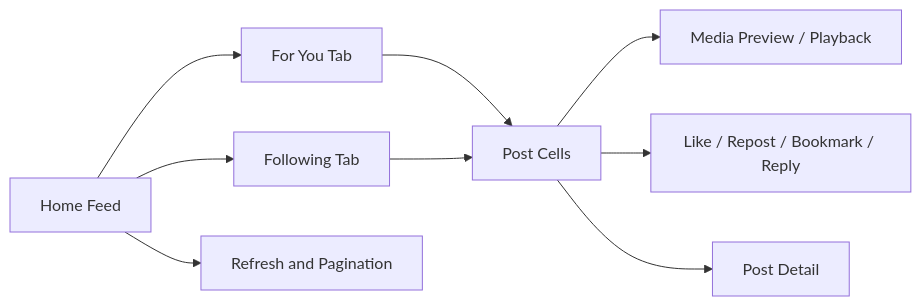
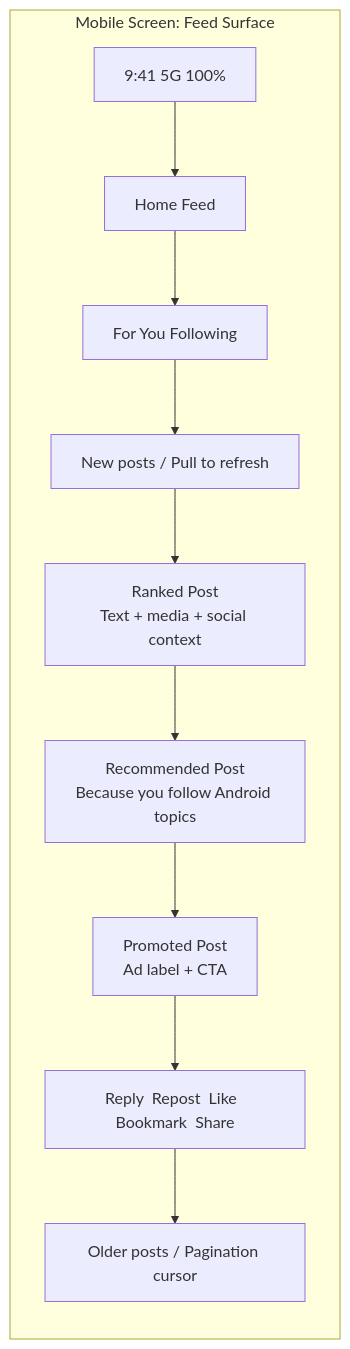
The first of 7 diagrams in examples/twitter-feed-staff.md (alokomkar/SystemDesign), drawn with Mermaid before and after one commit. The commit also changed 2 other files, not shown here.

Commit message:
Add diagrams covered to system design examples

````diff
--- a/examples/twitter-feed-staff.md
+++ b/examples/twitter-feed-staff.md
@@ -58,20 +58,24 @@
 ```mermaid
-flowchart LR
-    Home["Home Feed"]
-    ForYou["For You Tab"]
-    Following["Following Tab"]
-    PostCell["Post Cells"]
-    Media["Media Preview / Playback"]
-    Actions["Like / Repost / Bookmark / Reply"]
-    Detail["Post Detail"]
-    Refresh["Refresh and Pagination"]
+flowchart TB
+    subgraph Phone["Mobile Screen: Feed Surface"]
+        direction TB
+        Status["9:41                     5G 100%"]
+        Header["Home Feed"]
+        Tabs["For You              Following"]
+        Freshness["New posts / Pull to refresh"]
+        RankedItem["Ranked Post\nText + media + social context"]
+        RecommendedItem["Recommended Post\nBecause you follow Android topics"]
+        PromotedItem["Promoted Post\nAd label + CTA"]
+        Actions["Reply  Repost  Like  Bookmark  Share"]
+        Paging["Older posts / Pagination cursor"]
+    end
 
-    Home --> ForYou
-    Home --> Following
-    ForYou --> PostCell
-    Following --> PostCell
-    PostCell --> Media
-    PostCell --> Actions
-    PostCell --> Detail
-    Home --> Refresh
+    Status --> Header
+    Header --> Tabs
+    Tabs --> Freshness
+    Freshness --> RankedItem
+    RankedItem --> RecommendedItem
+    RecommendedItem --> PromotedItem
+    PromotedItem --> Actions
+    Actions --> Paging
 ```
````
